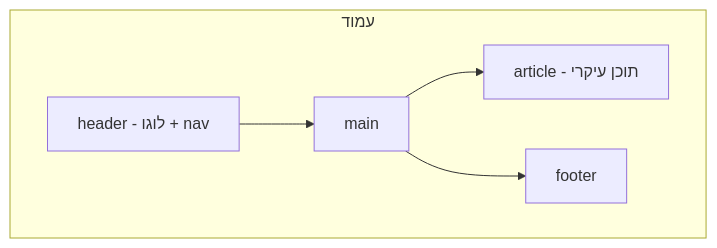
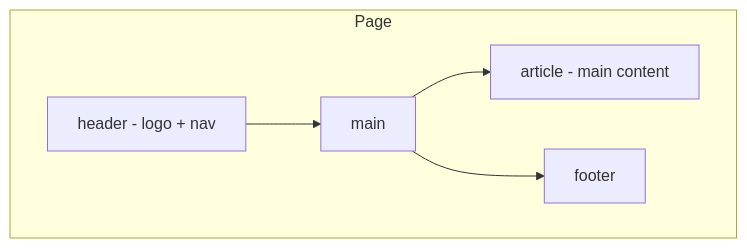
One commit to neriyaMalachi/FullStack_kodkode_5 changed the diagram in content/docs/html/62-html-semantic-content.md. Above: the diagram before and after it, drawn with Mermaid. The commit also changed other lines of this file and 117 other files, not shown here.

````diff
--- a/content/docs/html/62-html-semantic-content.md
+++ b/content/docs/html/62-html-semantic-content.md
@@ -58,10 +58,10 @@
 ```mermaid
 flowchart TB
-    subgraph Page["עמוד"]
-        H["header - לוגו + nav"]
+    subgraph Page["Page"]
+        H["header - logo + nav"]
         M["main"]
-        M --> A["article - תוכן עיקרי"]
+        M --> A["article - main content"]
         F["footer"]
     end
     H --> M --> F
 ```
````
